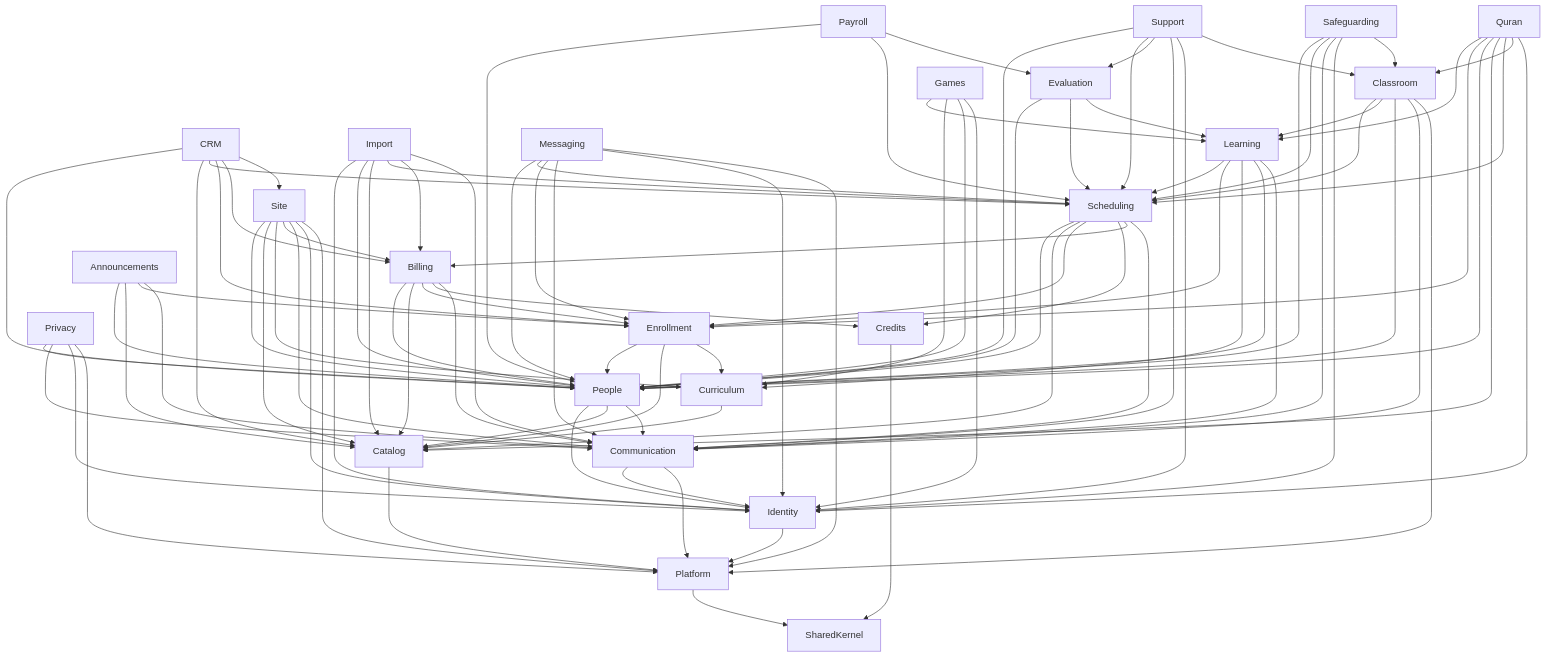
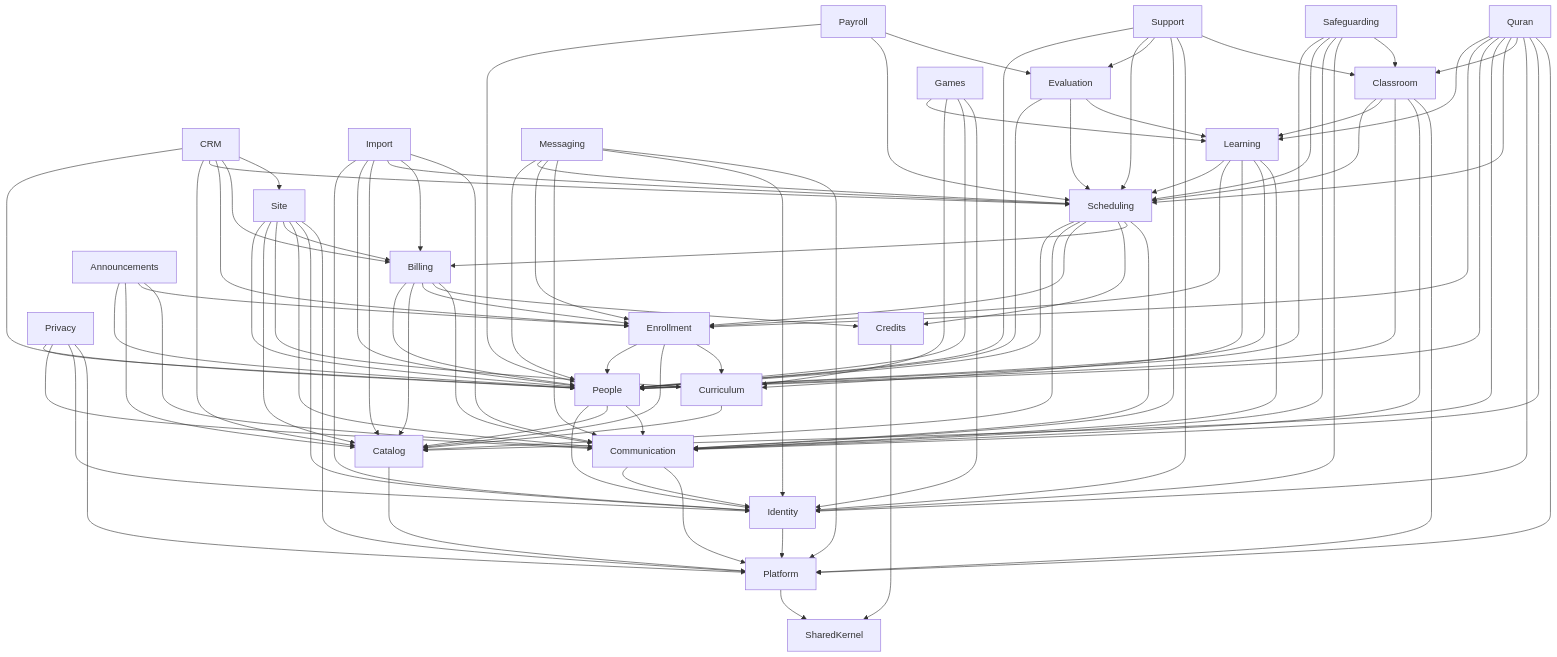
The diagram in docs/architecture/04-design-patterns.md (Mahmoud-Elgonidi/academy-lms), drawn with Mermaid before and after one commit. The commit also changed other lines of this file and 57 other files, not shown here.

````diff
--- a/docs/architecture/04-design-patterns.md
+++ b/docs/architecture/04-design-patterns.md
@@ -56,27 +56,27 @@
 ```mermaid
 flowchart TD
     CRM --> People & Catalog & Scheduling & Enrollment & Billing & Site
     Site --> People & Catalog & Curriculum & Billing & Communication & Identity & Platform
     Import --> Identity & People & Catalog & Scheduling & Billing & Communication
     Payroll --> People & Scheduling & Evaluation
     Evaluation --> People & Scheduling & Learning
     Support --> People & Scheduling & Evaluation & Communication & Identity & Classroom
     Privacy --> People & Communication & Identity & Platform
     Safeguarding --> People & Scheduling & Communication & Identity & Classroom
     Messaging --> People & Scheduling & Enrollment & Communication & Identity & Platform
     Announcements --> People & Catalog & Enrollment & Communication
     Games --> Learning & Curriculum & People & Identity
-    Quran --> Learning & Enrollment & People & Catalog & Scheduling & Classroom & Identity
+    Quran --> Learning & Enrollment & People & Catalog & Scheduling & Classroom & Identity & Communication & Platform
     Learning --> Scheduling & Enrollment & Curriculum & People & Communication
     Billing --> People & Catalog & Enrollment & Credits & Communication
     Classroom --> Scheduling & Learning & People & Communication & Platform
     Scheduling --> People & Catalog & Enrollment & Credits & Billing & Communication
     Enrollment --> People & Catalog & Curriculum
     Curriculum --> Catalog
     People --> Identity & Catalog & Communication
     Communication --> Identity & Platform
     Identity --> Platform
     Catalog --> Platform
     Credits --> SharedKernel
     Platform --> SharedKernel
 ```
````
